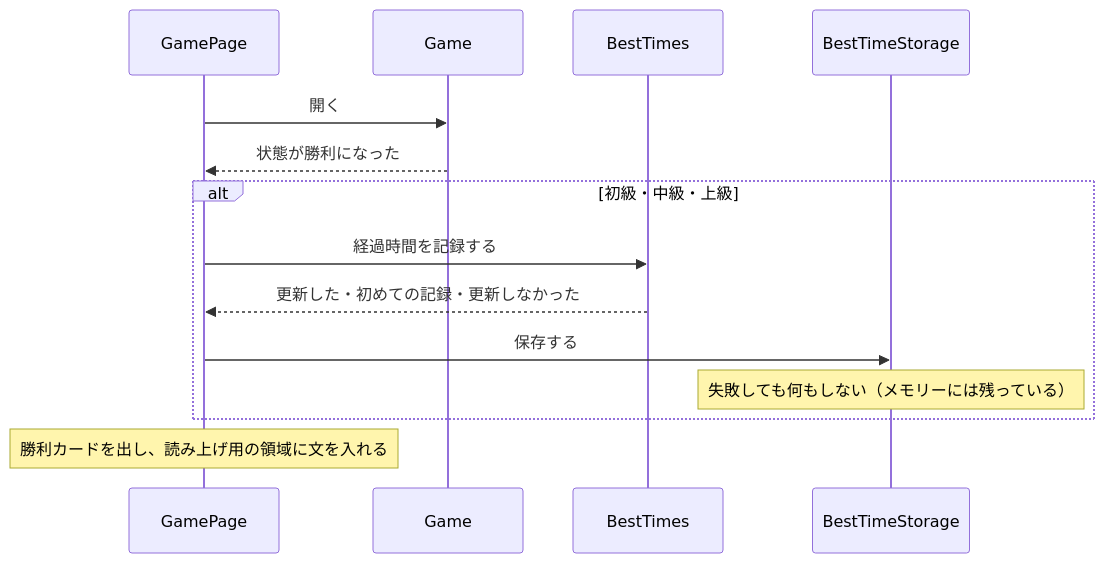
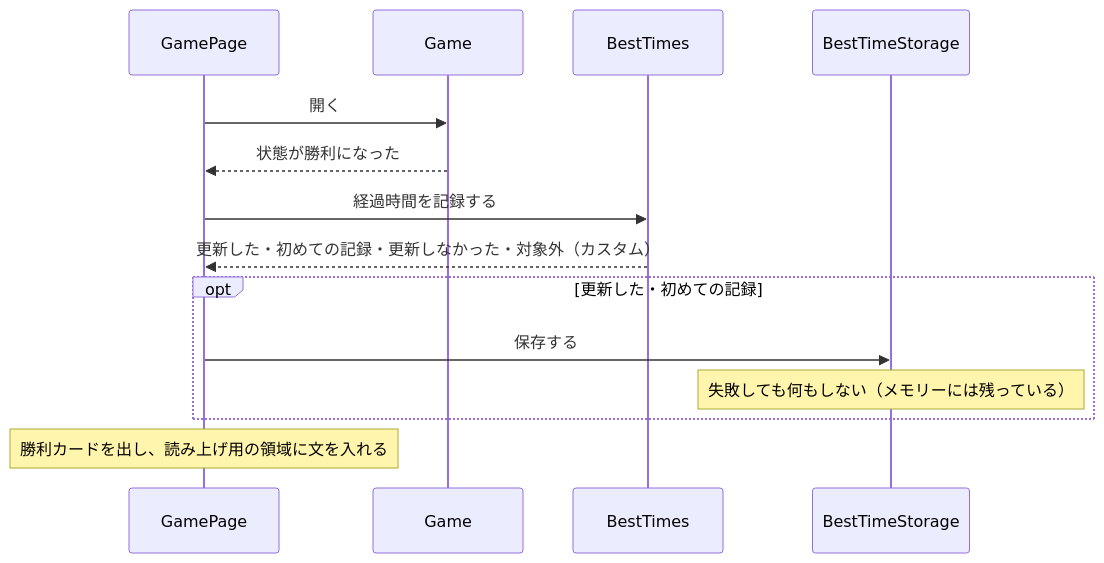
One commit to Fujiwo/Shos.Minesweeper changed the ninth of 10 diagrams in docs/04-architecture.md. Above: the diagram before and after it, drawn with Mermaid. The commit also changed other lines of this file and 5 other files, not shown here.

````diff
--- a/docs/04-architecture.md
+++ b/docs/04-architecture.md
@@ -348,16 +353,16 @@
 ```mermaid
 sequenceDiagram
     participant GamePage
     participant Game
     participant BT as BestTimes
     participant BTS as BestTimeStorage
     GamePage->>Game: 開く
     Game-->>GamePage: 状態が勝利になった
-    alt 初級・中級・上級
-        GamePage->>BT: 経過時間を記録する
-        BT-->>GamePage: 更新した・初めての記録・更新しなかった
+    GamePage->>BT: 経過時間を記録する
+    BT-->>GamePage: 更新した・初めての記録・更新しなかった・対象外（カスタム）
+    opt 更新した・初めての記録
         GamePage->>BTS: 保存する
         Note over BTS: 失敗しても何もしない（メモリーには残っている）
     end
     Note over GamePage: 勝利カードを出し、読み上げ用の領域に文を入れる
 ```
````
